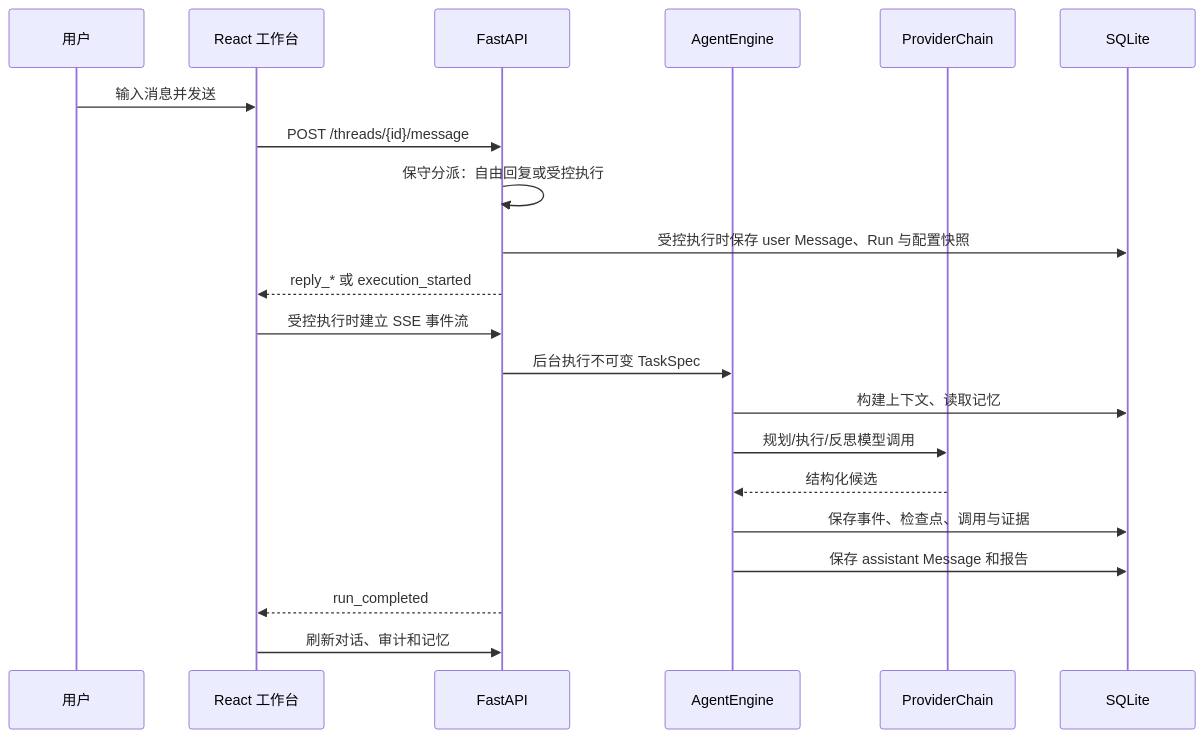
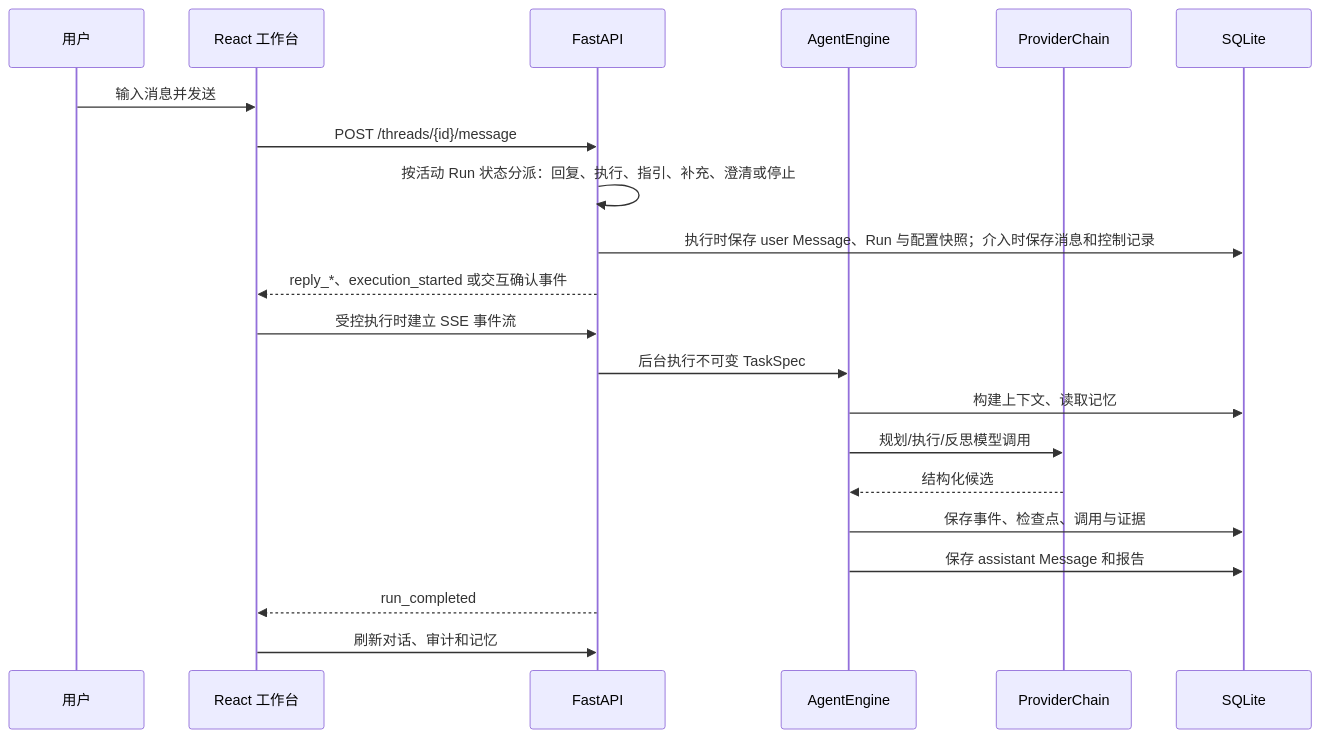
Before and after one commit to fuyao0612/gdaib-ctf-agent: the diagram in docs/learning-guide.md, drawn with Mermaid. The commit also changed other lines of this file and 70 other files, not shown here.

````diff
--- a/docs/learning-guide.md
+++ b/docs/learning-guide.md
@@ -21,23 +22,23 @@
 ```mermaid
 sequenceDiagram
     participant U as 用户
     participant W as React 工作台
     participant A as FastAPI
     participant E as AgentEngine
     participant P as ProviderChain
     participant S as SQLite
     U->>W: 输入消息并发送
     W->>A: POST /threads/{id}/message
-    A->>A: 保守分派：自由回复或受控执行
-    A->>S: 受控执行时保存 user Message、Run 与配置快照
-    A-->>W: reply_* 或 execution_started
+    A->>A: 按活动 Run 状态分派：回复、执行、指引、补充、澄清或停止
+    A->>S: 执行时保存 user Message、Run 与配置快照；介入时保存消息和控制记录
+    A-->>W: reply_*、execution_started 或交互确认事件
     W->>A: 受控执行时建立 SSE 事件流
     A->>E: 后台执行不可变 TaskSpec
     E->>S: 构建上下文、读取记忆
     E->>P: 规划/执行/反思模型调用
     P-->>E: 结构化候选
     E->>S: 保存事件、检查点、调用与证据
     E->>S: 保存 assistant Message 和报告
     A-->>W: run_completed
     W->>A: 刷新对话、审计和记忆
 ```
````
